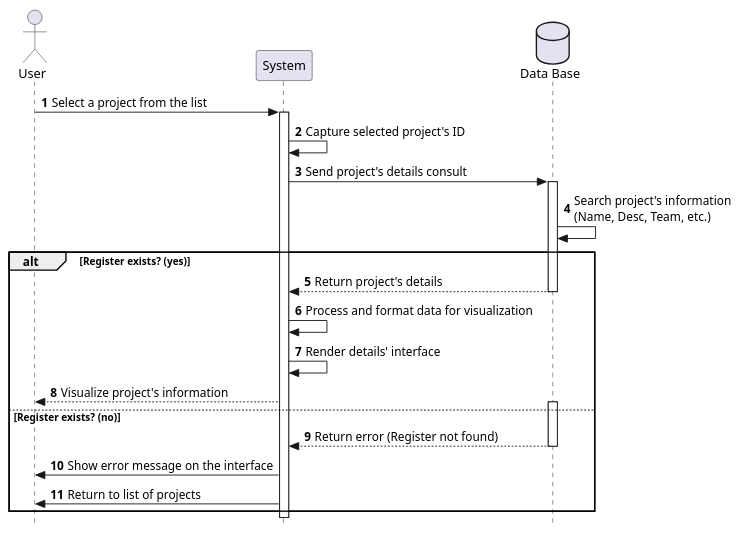
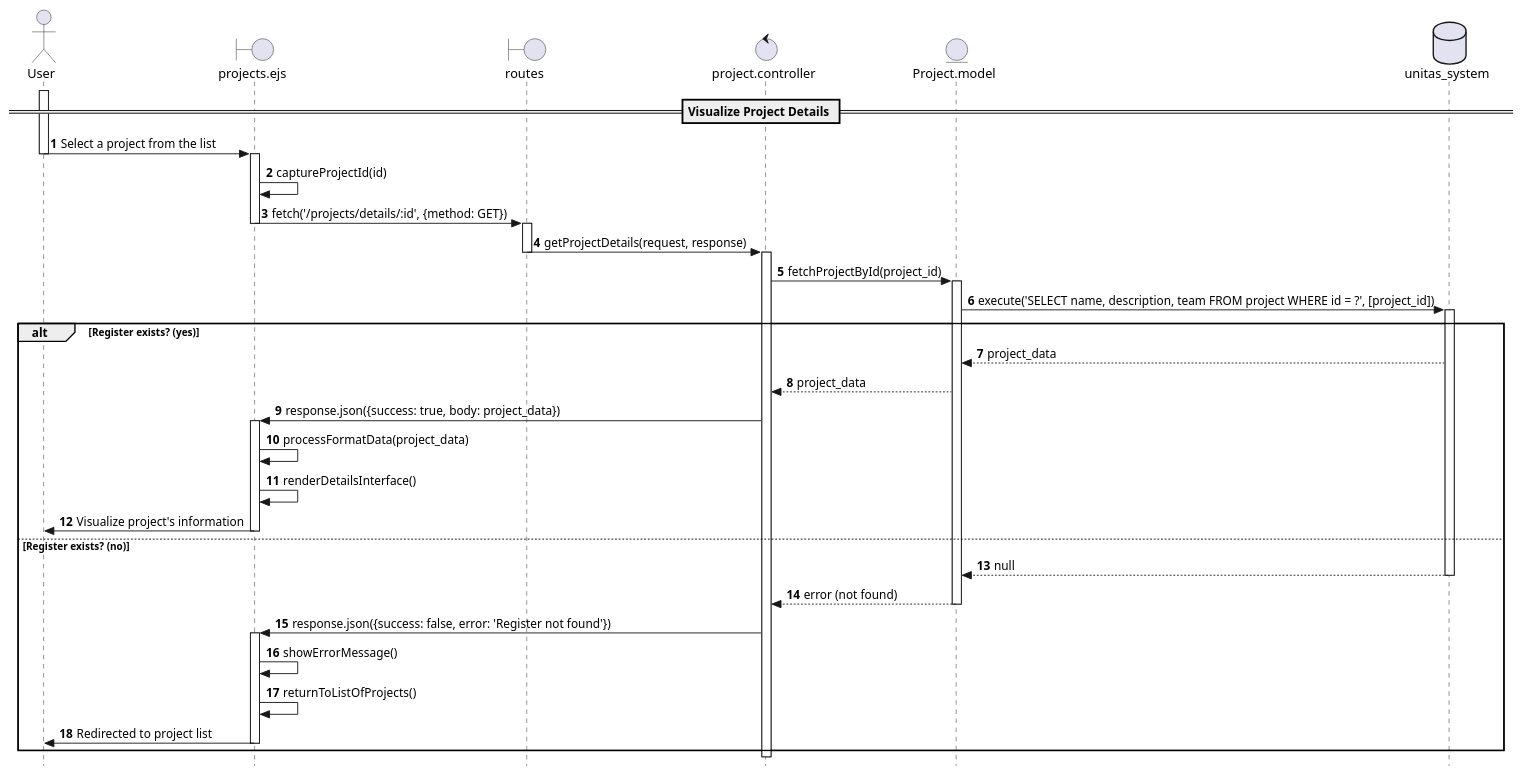
One commit to Berthou05/LimboSoftwareDevelopment_Change.org changed the diagram in documentation/sequence_diagrams/PROJ-04-SD.puml. Above: the diagram before and after it, drawn with PlantUML. The commit also changed 19 other files, not shown here.

Commit message:
[CHORE] moved activity diagrams to sequence_diagrams folder

```diff
--- a/documentation/sequence_diagrams/PROJ-04-SD.puml
+++ b/documentation/sequence_diagrams/PROJ-04-SD.puml
@@ -1,33 +1,62 @@
 @startuml
+skinparam style strictuml
+
+actor User as U
+boundary "projects.ejs" as V
+boundary "routes" as RO
+control "project.controller" as C
+entity "Project.model" as M
+database "unitas_system" as DB
+
 autonumber
-skinparam Style strictuml
 
-actor User
-participant "System" as Sys
-database "Data Base" as DB
+== Visualize Project Details ==
 
-User -> Sys: Select a project from the list
-activate Sys
+activate U
+U -> V: Select a project from the list
+deactivate U
 
-Sys -> Sys: Capture selected project's ID
-Sys -> DB: Send project's details consult
+activate V
+V -> V: captureProjectId(id)
+V -> RO: fetch('/projects/details/:id', {method: GET})
+deactivate V
+
+activate RO
+RO -> C: getProjectDetails(request, response)
+deactivate RO
+
+activate C
+C -> M: fetchProjectById(project_id)
+activate M
+
+M -> DB: execute('SELECT name, description, team FROM project WHERE id = ?', [project_id])
 activate DB
 
-DB -> DB: Search project's information\n(Name, Desc, Team, etc.)
-
 alt Register exists? (yes)
-    DB --> Sys: Return project's details
+    DB --> M: project_data
+    M --> C: project_data
+    
+    C -> V: response.json({success: true, body: project_data})
+    activate V
+    V -> V: processFormatData(project_data)
+    V -> V: renderDetailsInterface()
+    V -> U: Visualize project's information
+    deactivate V
+    
+else Register exists? (no)
+    DB --> M: null
     deactivate DB
-    Sys -> Sys: Process and format data for visualization
-    Sys -> Sys: Render details' interface
-    Sys --> User: Visualize project's information
-else Register exists? (no)
-    activate DB
-    DB --> Sys: Return error (Register not found)
-    deactivate DB
-    Sys -> User: Show error message on the interface
-    Sys -> User: Return to list of projects
+    M --> C: error (not found)
+    deactivate M
+    
+    C -> V: response.json({success: false, error: 'Register not found'})
+    activate V
+    V -> V: showErrorMessage()
+    V -> V: returnToListOfProjects()
+    V -> U: Redirected to project list
+    deactivate V
 end
 
-deactivate Sys
+deactivate C
+
 @enduml
```
